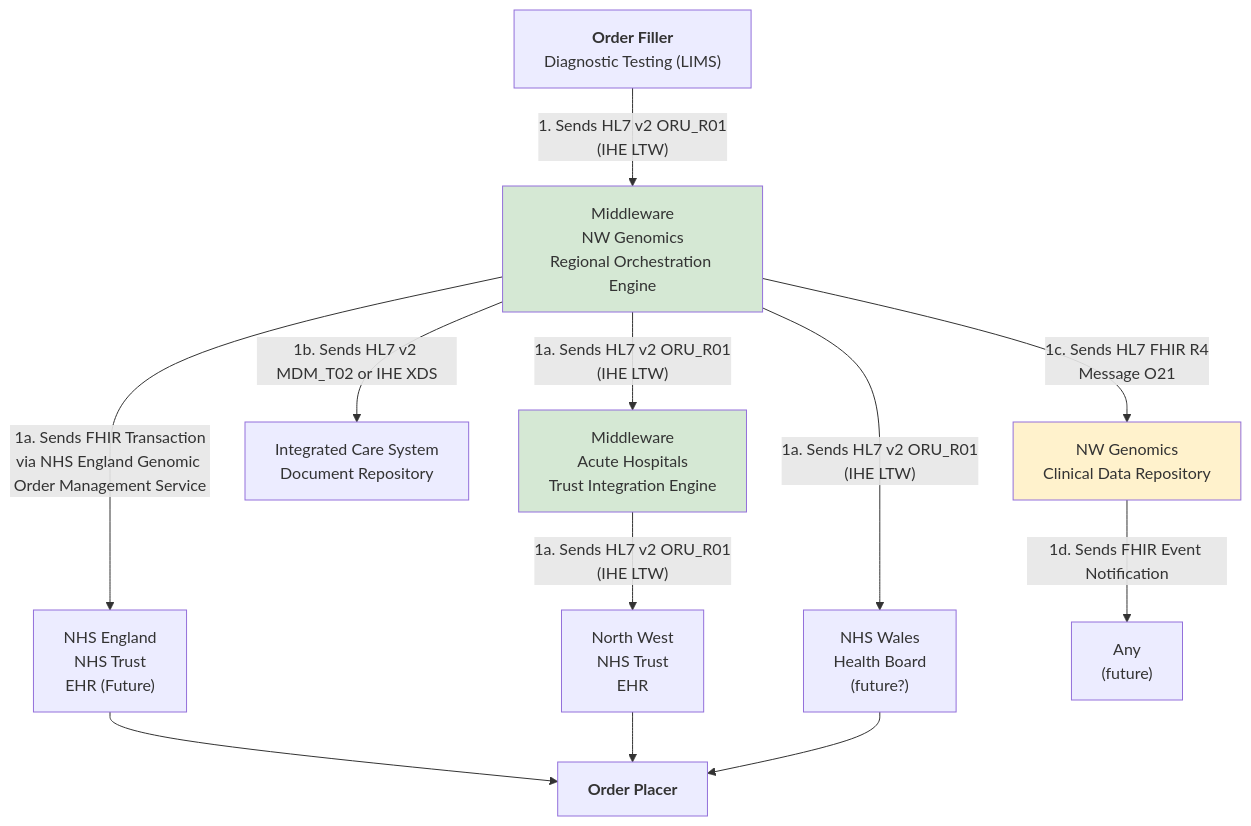
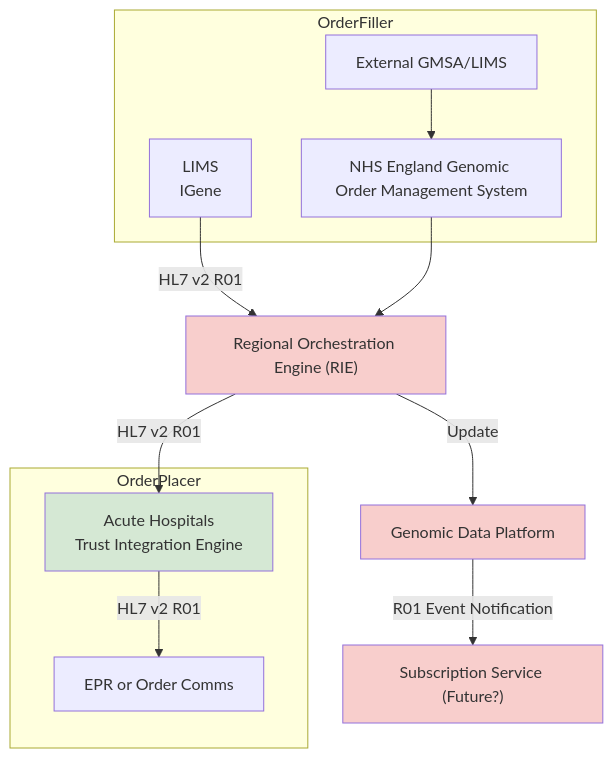
One commit to nw-gmsa/nw-gmsa.github.com changed the second of 4 diagrams in input/pagecontent/LTW.md. Above: the diagram before and after it, drawn with Mermaid. The commit also changed other lines of this file and 33 other files, not shown here.

````diff
--- a/input/pagecontent/LTW.md
+++ b/input/pagecontent/LTW.md
@@ -201,20 +198,34 @@
 ```mermaid
 graph TD;
-    OrderFiller["<b>Order Filler</b><br/>Diagnostic Testing (LIMS)"] --> |"1. Sends HL7 v2 ORU_R01<br/>(IHE LTW)"| RIE[Middleware<br/>NW Genomics<br/>Regional Orchestration Engine] 
-    RIE --> |"1a. Sends HL7 v2 ORU_R01<br/>(IHE LTW)"| TIE[Middleware<br/>Acute Hospitals<br/>Trust Integration Engine] 
-    TIE--> |"1a. Sends HL7 v2 ORU_R01<br/>(IHE LTW)"| EHRTIE[North West<br/>NHS Trust<br/>EHR] 
-    RIE--> |"1a. Sends HL7 v2 ORU_R01<br/>(IHE LTW)"| BOARD["NHS Wales<br/>Health Board<br/> (future?)"]
-    RIE --> |"1a. Sends FHIR Transaction<br/>via NHS England Genomic Order Management Service"| GOMS["NHS England<br/>NHS Trust<br/>EHR (Future)"] 
-    RIE --> |1b. Sends HL7 v2 MDM_T02 or IHE XDS| ICSTIE[Integrated Care System <br/> Document Repository]
-    RIE --> |1c. Sends HL7 FHIR R4<br/>Message O21| CDR[NW Genomics<br/>Clinical Data Repository]
-    CDR --> |1d. Sends FHIR Event Notification| Any["Any <br/>(future)"]
-    GOMS --> OrderPlacer[<b>Order Placer</b>]
-    EHRTIE --> OrderPlacer
-    BOARD--> OrderPlacer
 
+    subgraph OrderFiller;
+        iGene[LIMS<br/>IGene]
+        GOMS["NHS England Genomic Order Management System"] 
+        ExtLIMS[External GMSA/LIMS]
+    end 
+
+    subgraph OrderPlacer;
+        EHR["EPR or Order Comms"] 
+
+        OR[Acute Hospitals<br/>Trust Integration Engine]
+        OR --> |HL7 v2 R01| EHR
+
+    end
+     RIE["Regional Orchestration Engine (RIE)"]
+     GDP["Genomic Data Platform"]
+    PubSub["Subscription Service (Future?)"]
+
+    RIE --> |HL7 v2 R01| OR
+    RIE --> |Update| GDP
+    iGene --> |HL7 v2 R01| RIE
+    GOMS --> RIE
+    ExtLIMS --> GOMS
+    GDP --> |R01 Event Notification| PubSub
+    
     classDef green fill:#D5E8D4;
     classDef yellow fill:#FFF2CC;
-    class RIE green;
-    class TIE green;
-    class CDR yellow;
+    classDef pink fill:#F8CECC;
+    class RIE,GDP,PubSub pink;
+    class OR green;
+
 ```
````
